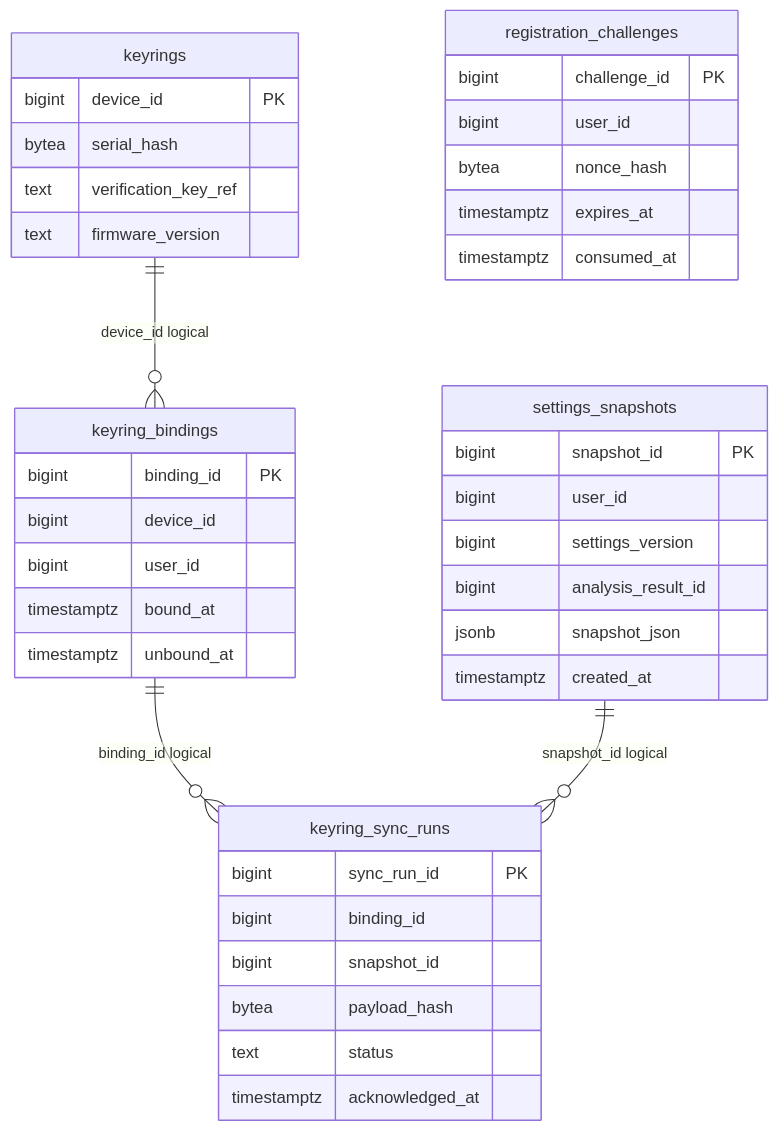
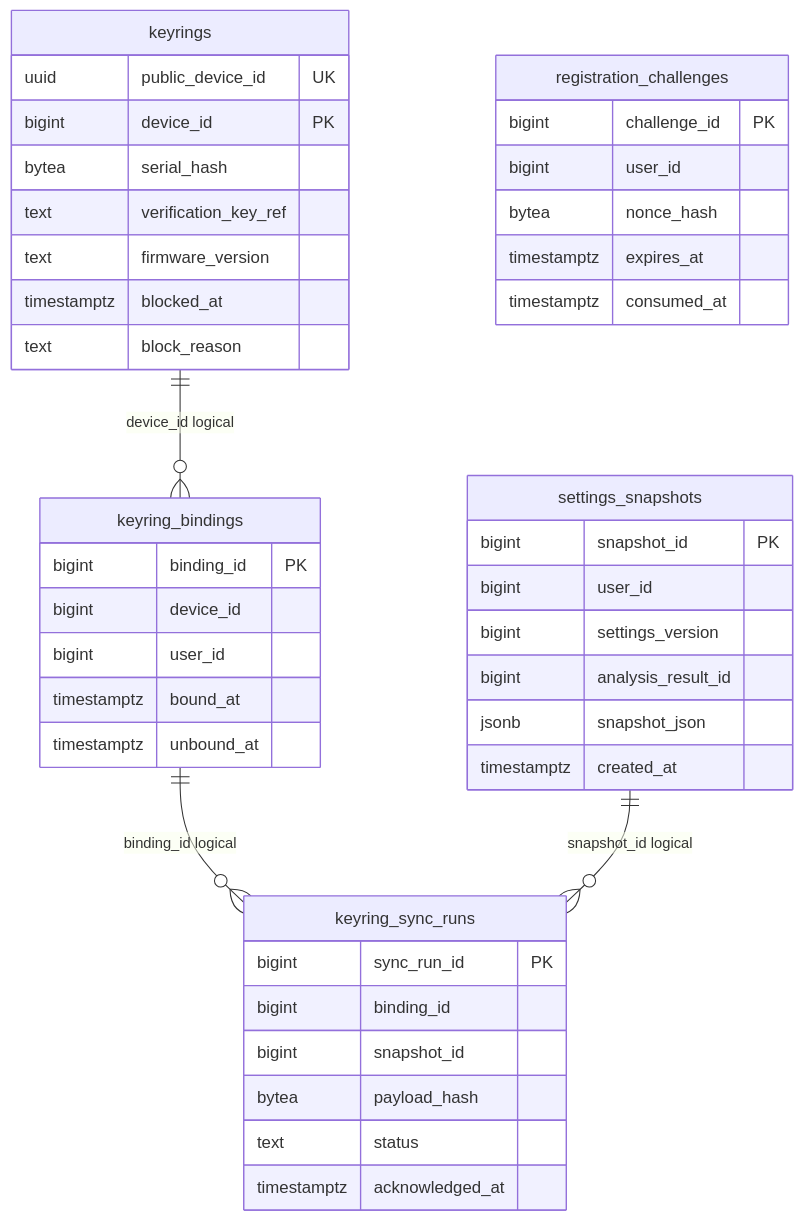
One commit to j-moo/Tingle changed the diagram in docs/database/erd-2.mmd. Above: the diagram before and after it, drawn with Mermaid. The commit also changed 197 other files, not shown here.

```diff
--- a/docs/database/erd-2.mmd
+++ b/docs/database/erd-2.mmd
@@ -1,40 +1,43 @@
 erDiagram
     keyrings {
+        uuid public_device_id UK
         bigint device_id PK
         bytea serial_hash
         text verification_key_ref
         text firmware_version
+        timestamptz blocked_at
+        text block_reason
     }
     keyring_bindings {
         bigint binding_id PK
         bigint device_id
         bigint user_id
         timestamptz bound_at
         timestamptz unbound_at
     }
     registration_challenges {
         bigint challenge_id PK
         bigint user_id
         bytea nonce_hash
         timestamptz expires_at
         timestamptz consumed_at
     }
     keyring_sync_runs {
         bigint sync_run_id PK
         bigint binding_id
         bigint snapshot_id
         bytea payload_hash
         text status
         timestamptz acknowledged_at
     }
     settings_snapshots {
         bigint snapshot_id PK
         bigint user_id
         bigint settings_version
         bigint analysis_result_id
         jsonb snapshot_json
         timestamptz created_at
     }
     keyrings ||--o{ keyring_bindings : "device_id logical"
     keyring_bindings ||--o{ keyring_sync_runs : "binding_id logical"
     settings_snapshots ||--o{ keyring_sync_runs : "snapshot_id logical"
```
